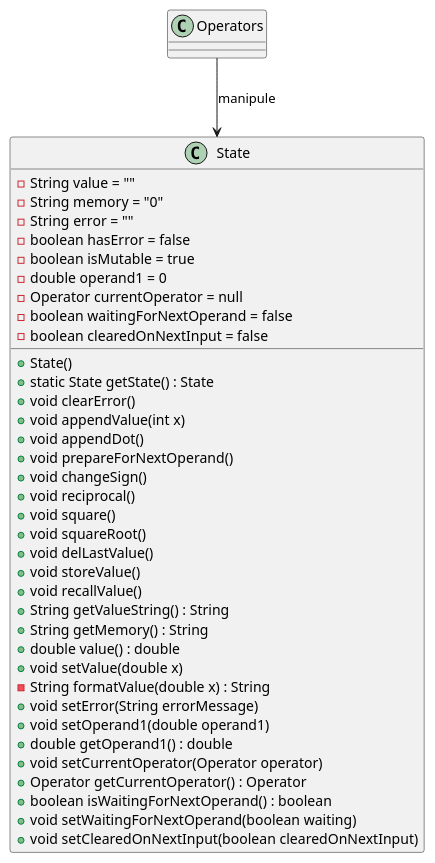
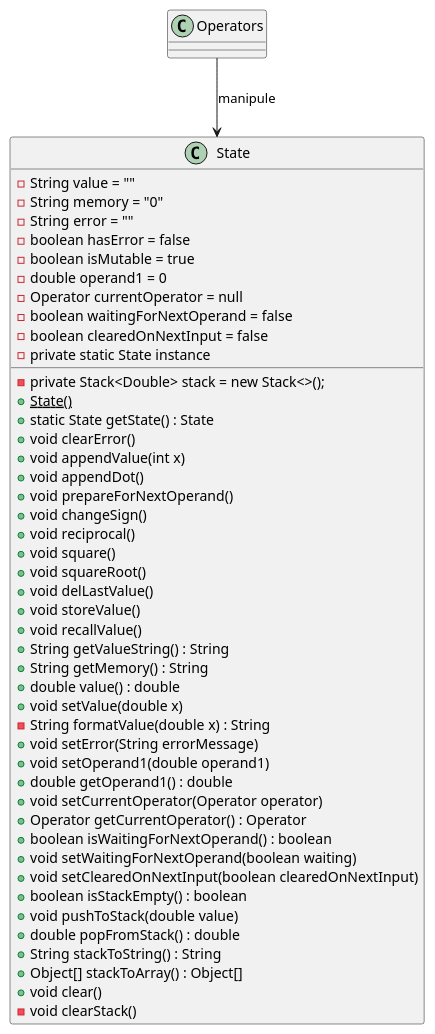
The diagram in UML_Diagrams/State_uml.puml (Dansnts/POO-Labo7), drawn with PlantUML before and after one commit. The commit also changed 15 other files, not shown here.

```diff
--- a/UML_Diagrams/State_uml.puml
+++ b/UML_Diagrams/State_uml.puml
@@ -1,41 +1,51 @@
 @startuml
 class State {
     - String value = ""
     - String memory = "0"
     - String error = ""
     - boolean hasError = false
     - boolean isMutable = true
     - double operand1 = 0
     - Operator currentOperator = null
     - boolean waitingForNextOperand = false
     - boolean clearedOnNextInput = false
-    + State()
+    - private Stack<Double> stack = new Stack<>();
+    - private static State instance
+
+    + State() {static}
     + static State getState() : State
     + void clearError()
     + void appendValue(int x)
     + void appendDot()
     + void prepareForNextOperand()
     + void changeSign()
     + void reciprocal()
     + void square()
     + void squareRoot()
     + void delLastValue()
     + void storeValue()
     + void recallValue()
     + String getValueString() : String
     + String getMemory() : String
     + double value() : double
     + void setValue(double x)
     - String formatValue(double x) : String
     + void setError(String errorMessage)
     + void setOperand1(double operand1)
     + double getOperand1() : double
     + void setCurrentOperator(Operator operator)
     + Operator getCurrentOperator() : Operator
     + boolean isWaitingForNextOperand() : boolean
     + void setWaitingForNextOperand(boolean waiting)
     + void setClearedOnNextInput(boolean clearedOnNextInput)
+    + boolean isStackEmpty() : boolean
+    + void pushToStack(double value)
+    + double popFromStack() : double
+    + String stackToString() : String
+    + Object[] stackToArray() : Object[]
+    + void clear()
+    - void clearStack()
 }
 
 Operators --> State : "manipule"
 @enduml
```
